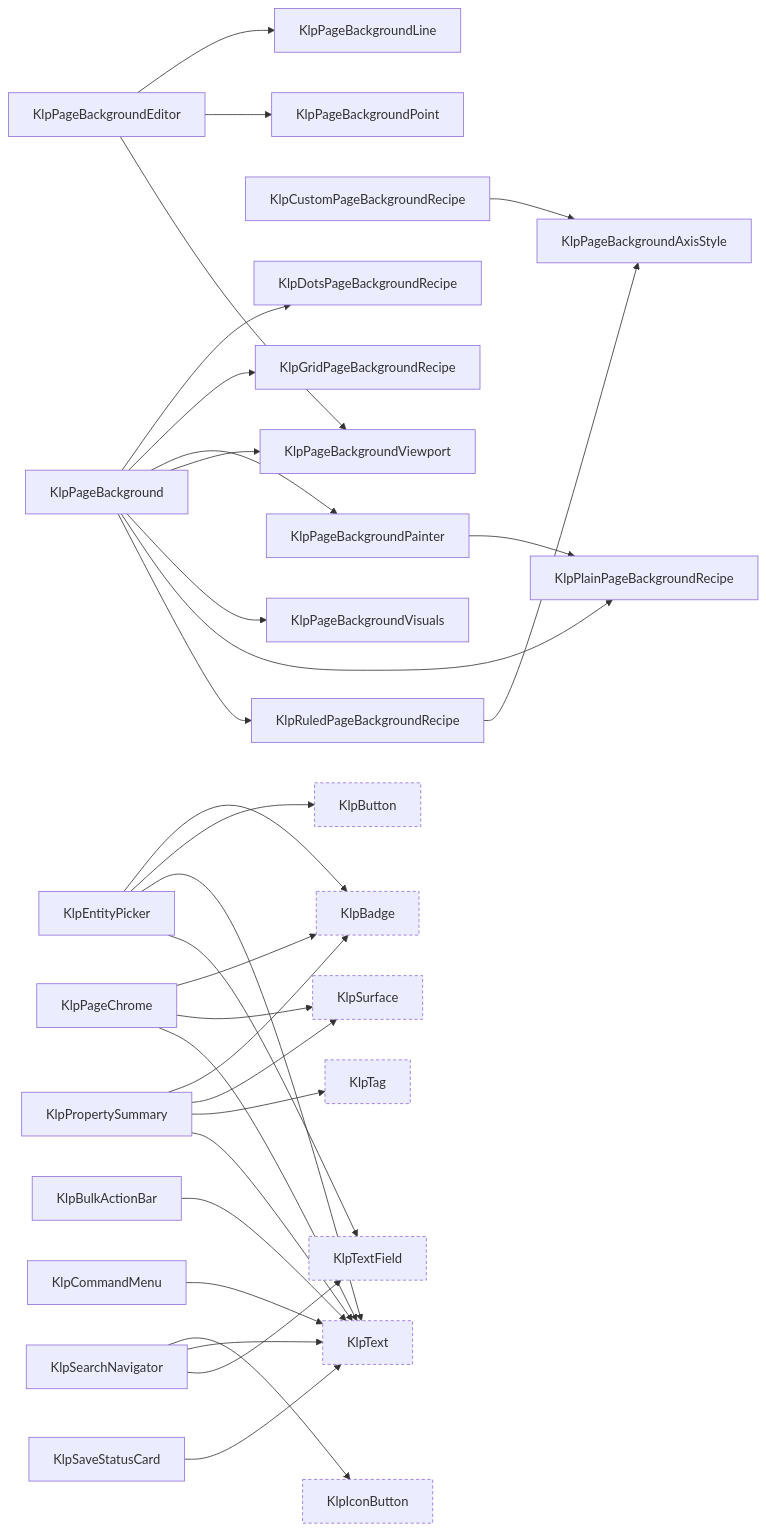
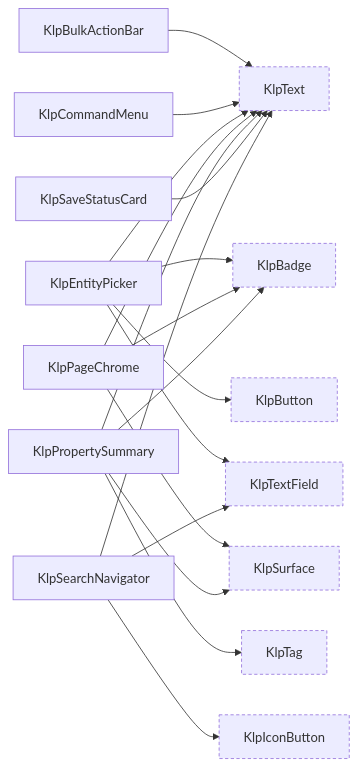
One commit to MiuDog/Kallopis changed diagram 13 of 16 in spec/component-inventory.md. Above: the diagram before and after it, drawn with Mermaid. The commit also changed other lines of this file and 88 other files, not shown here.

````diff
--- a/spec/component-inventory.md
+++ b/spec/component-inventory.md
@@ -927,61 +898,35 @@
 ```mermaid
 graph LR
   KlpBadge["KlpBadge"]:::external
   KlpBulkActionBar["KlpBulkActionBar"]
   KlpButton["KlpButton"]:::external
   KlpCommandMenu["KlpCommandMenu"]
-  KlpCustomPageBackgroundRecipe["KlpCustomPageBackgroundRecipe"]
-  KlpDotsPageBackgroundRecipe["KlpDotsPageBackgroundRecipe"]
   KlpEntityPicker["KlpEntityPicker"]
-  KlpGridPageBackgroundRecipe["KlpGridPageBackgroundRecipe"]
   KlpIconButton["KlpIconButton"]:::external
-  KlpPageBackground["KlpPageBackground"]
-  KlpPageBackgroundAxisStyle["KlpPageBackgroundAxisStyle"]
-  KlpPageBackgroundEditor["KlpPageBackgroundEditor"]
-  KlpPageBackgroundLine["KlpPageBackgroundLine"]
-  KlpPageBackgroundPainter["KlpPageBackgroundPainter"]
-  KlpPageBackgroundPoint["KlpPageBackgroundPoint"]
-  KlpPageBackgroundViewport["KlpPageBackgroundViewport"]
-  KlpPageBackgroundVisuals["KlpPageBackgroundVisuals"]
   KlpPageChrome["KlpPageChrome"]
-  KlpPlainPageBackgroundRecipe["KlpPlainPageBackgroundRecipe"]
   KlpPropertySummary["KlpPropertySummary"]
-  KlpRuledPageBackgroundRecipe["KlpRuledPageBackgroundRecipe"]
   KlpSaveStatusCard["KlpSaveStatusCard"]
   KlpSearchNavigator["KlpSearchNavigator"]
   KlpSurface["KlpSurface"]:::external
   KlpTag["KlpTag"]:::external
   KlpText["KlpText"]:::external
   KlpTextField["KlpTextField"]:::external
   KlpBulkActionBar --> KlpText
   KlpCommandMenu --> KlpText
-  KlpCustomPageBackgroundRecipe --> KlpPageBackgroundAxisStyle
   KlpEntityPicker --> KlpBadge
   KlpEntityPicker --> KlpButton
   KlpEntityPicker --> KlpText
   KlpEntityPicker --> KlpTextField
-  KlpPageBackgroundEditor --> KlpPageBackgroundLine
-  KlpPageBackgroundEditor --> KlpPageBackgroundPoint
-  KlpPageBackgroundEditor --> KlpPageBackgroundViewport
-  KlpPageBackgroundPainter --> KlpPlainPageBackgroundRecipe
-  KlpPageBackground --> KlpDotsPageBackgroundRecipe
-  KlpPageBackground --> KlpGridPageBackgroundRecipe
-  KlpPageBackground --> KlpPageBackgroundPainter
-  KlpPageBackground --> KlpPageBackgroundViewport
-  KlpPageBackground --> KlpPageBackgroundVisuals
-  KlpPageBackground --> KlpPlainPageBackgroundRecipe
-  KlpPageBackground --> KlpRuledPageBackgroundRecipe
   KlpPageChrome --> KlpBadge
   KlpPageChrome --> KlpSurface
   KlpPageChrome --> KlpText
   KlpPropertySummary --> KlpBadge
   KlpPropertySummary --> KlpSurface
   KlpPropertySummary --> KlpTag
   KlpPropertySummary --> KlpText
-  KlpRuledPageBackgroundRecipe --> KlpPageBackgroundAxisStyle
   KlpSaveStatusCard --> KlpText
   KlpSearchNavigator --> KlpIconButton
   KlpSearchNavigator --> KlpText
   KlpSearchNavigator --> KlpTextField
   classDef external stroke-dasharray: 4 3;
 ```
````
